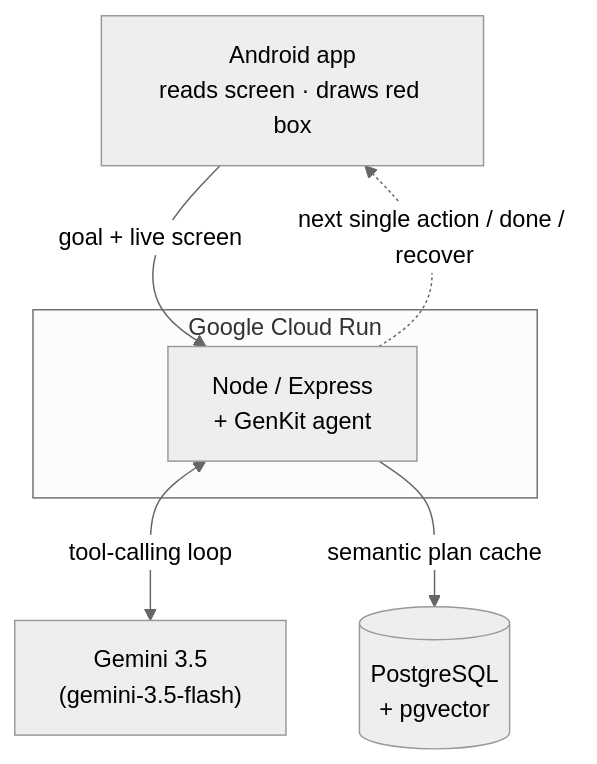
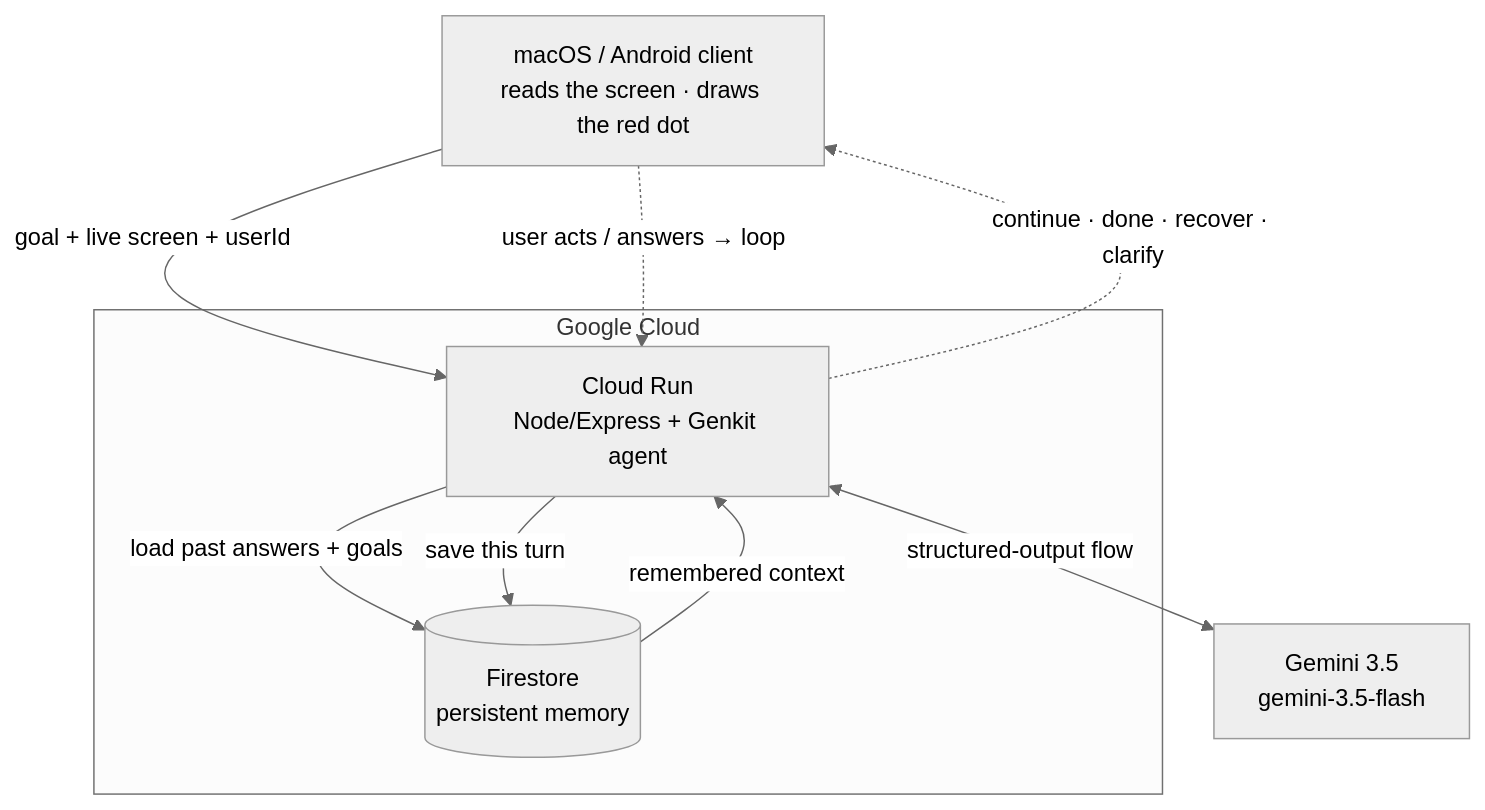
The diagram in README.md (waylo-1/waylo_agent), drawn with Mermaid (neutral theme) before and after one commit. The commit also changed other lines of this file, not shown here.

Commit message:
docs: README for the live agent — clarify + Firestore memory, /agent/next contract, deploy

````diff
--- a/README.md
+++ b/README.md
@@ -19,10 +26,14 @@
 ```mermaid
 flowchart TD
-    A["Android app<br/>reads screen · draws red box"] -->|"goal + live screen"| B
-    subgraph GCP["Google Cloud Run"]
-      B["Node / Express<br/>+ GenKit agent"]
+    A["macOS / Android client<br/>reads the screen · draws the red dot"] -->|"goal + live screen + userId"| B
+    subgraph GCP["Google Cloud"]
+      B["Cloud Run<br/>Node/Express + Genkit agent"]
+      F[("Firestore<br/>persistent memory")]
+      B -->|"load past answers + goals"| F
+      F -->|"remembered context"| B
+      B -->|"save this turn"| F
     end
-    B <-->|"tool-calling loop"| C["Gemini 3.5<br/>(gemini-3.5-flash)"]
-    B -->|"semantic plan cache"| D[("PostgreSQL<br/>+ pgvector")]
-    B -.->|"next single action / done / recover"| A
+    B <-->|"structured-output flow"| C["Gemini 3.5<br/>gemini-3.5-flash"]
+    B -.->|"continue · done · recover · clarify"| A
+    A -.->|"user acts / answers → loop"| B
 ```
````
